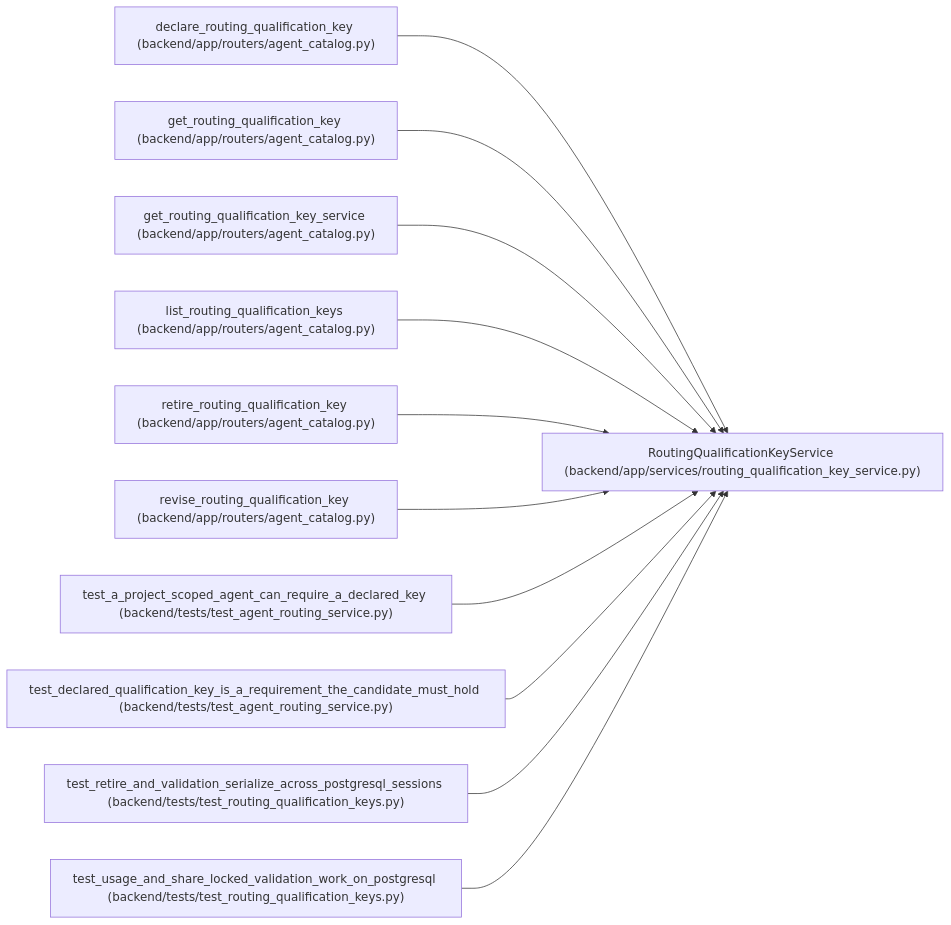
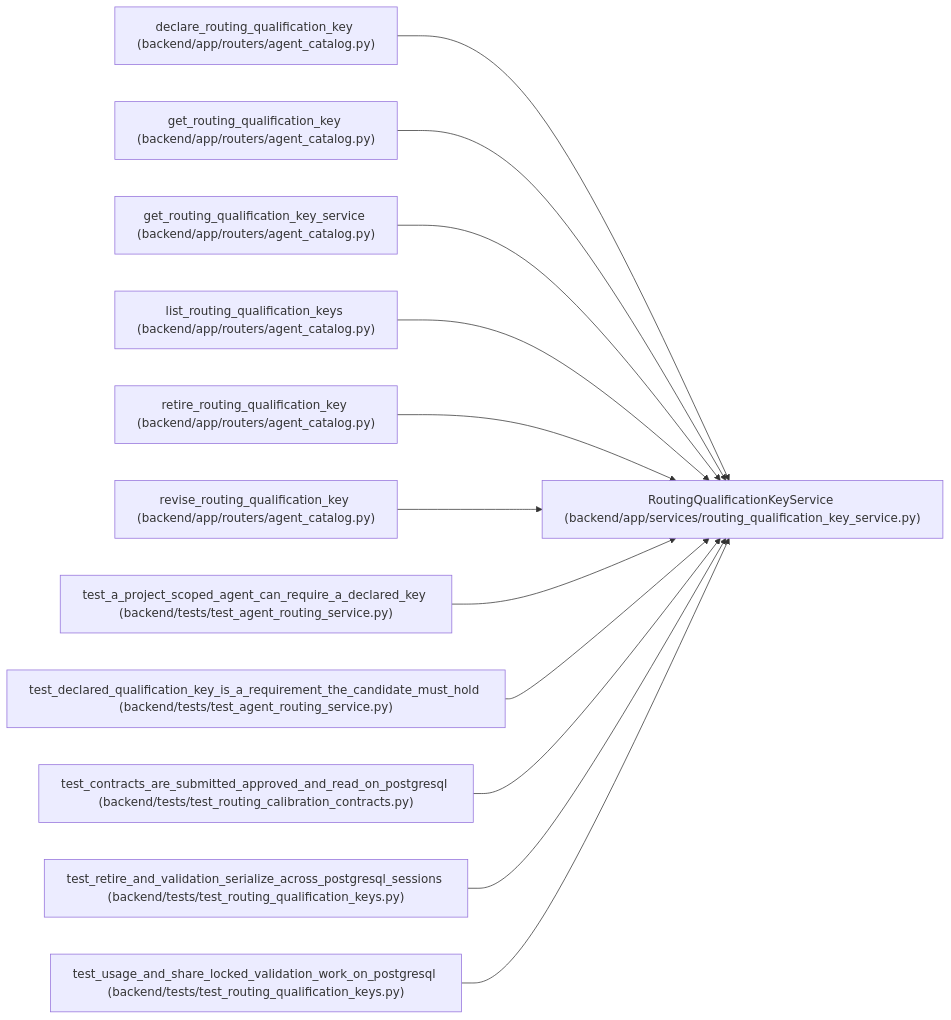
One commit to Denissvgn/WorkChord changed the diagram in docs/llm_wiki/entities/RoutingQualificationKeyService.md. Above: the diagram before and after it, drawn with Mermaid. The commit also changed other lines of this file and 836 other files, not shown here.

Commit message:
Sync the architectural wiki for the calibration contract

````diff
--- a/docs/llm_wiki/entities/RoutingQualificationKeyService.md
+++ b/docs/llm_wiki/entities/RoutingQualificationKeyService.md
@@ -45,35 +45,38 @@
 ```mermaid
 flowchart LR
     n0["RoutingQualificationKeyService (backend/app/services/routing_qualification_key_service.py)"]
     n1["declare_routing_qualification_key (backend/app/routers/agent_catalog.py)"]
     n2["get_routing_qualification_key (backend/app/routers/agent_catalog.py)"]
     n3["get_routing_qualification_key_service (backend/app/routers/agent_catalog.py)"]
     n4["list_routing_qualification_keys (backend/app/routers/agent_catalog.py)"]
     n5["retire_routing_qualification_key (backend/app/routers/agent_catalog.py)"]
     n6["revise_routing_qualification_key (backend/app/routers/agent_catalog.py)"]
     n7["test_a_project_scoped_agent_can_require_a_declared_key (backend/tests/test_agent_routing_service.py)"]
     n8["test_declared_qualification_key_is_a_requirement_the_candidate_must_hold (backend/tests/test_agent_routing_service.py)"]
-    n9["test_retire_and_validation_serialize_across_postgresql_sessions (backend/tests/test_routing_qualification_keys.py)"]
-    n10["test_usage_and_share_locked_validation_work_on_postgresql (backend/tests/test_routing_qualification_keys.py)"]
+    n9["test_contracts_are_submitted_approved_and_read_on_postgresql (backend/tests/test_routing_calibration_contracts.py)"]
+    n10["test_retire_and_validation_serialize_across_postgresql_sessions (backend/tests/test_routing_qualification_keys.py)"]
+    n11["test_usage_and_share_locked_validation_work_on_postgresql (backend/tests/test_routing_qualification_keys.py)"]
     n1 --> n0
     n2 --> n0
     n3 --> n0
     n4 --> n0
     n5 --> n0
     n6 --> n0
     n7 --> n0
     n8 --> n0
     n9 --> n0
     n10 --> n0
+    n11 --> n0
     click n0 "../modules/routing_qualification_key_service.md"
     click n1 "../modules/agent_catalog.md"
     click n2 "../modules/agent_catalog.md"
     click n3 "../modules/agent_catalog.md"
     click n4 "../modules/agent_catalog.md"
     click n5 "../modules/agent_catalog.md"
     click n6 "../modules/agent_catalog.md"
     click n7 "../modules/test_agent_routing_service.md"
     click n8 "../modules/test_agent_routing_service.md"
-    click n9 "../modules/test_routing_qualification_keys.md"
+    click n9 "../modules/test_routing_calibration_contracts.md"
     click n10 "../modules/test_routing_qualification_keys.md"
+    click n11 "../modules/test_routing_qualification_keys.md"
 ```
````
